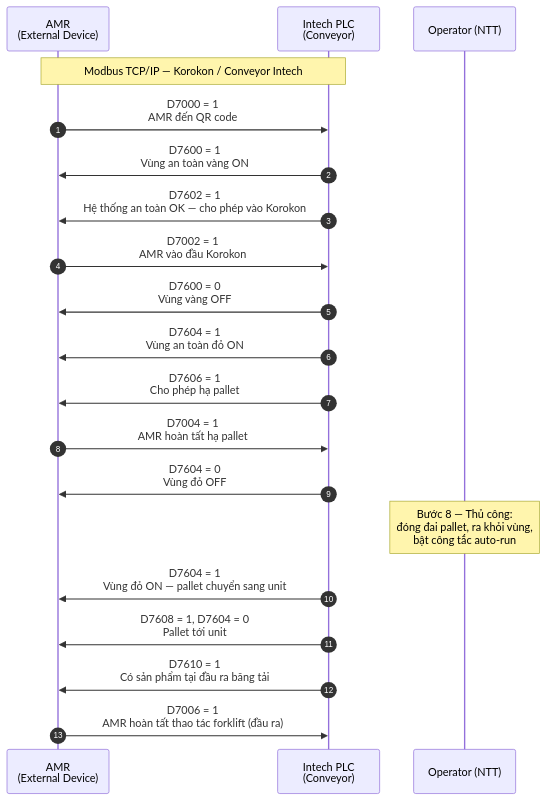
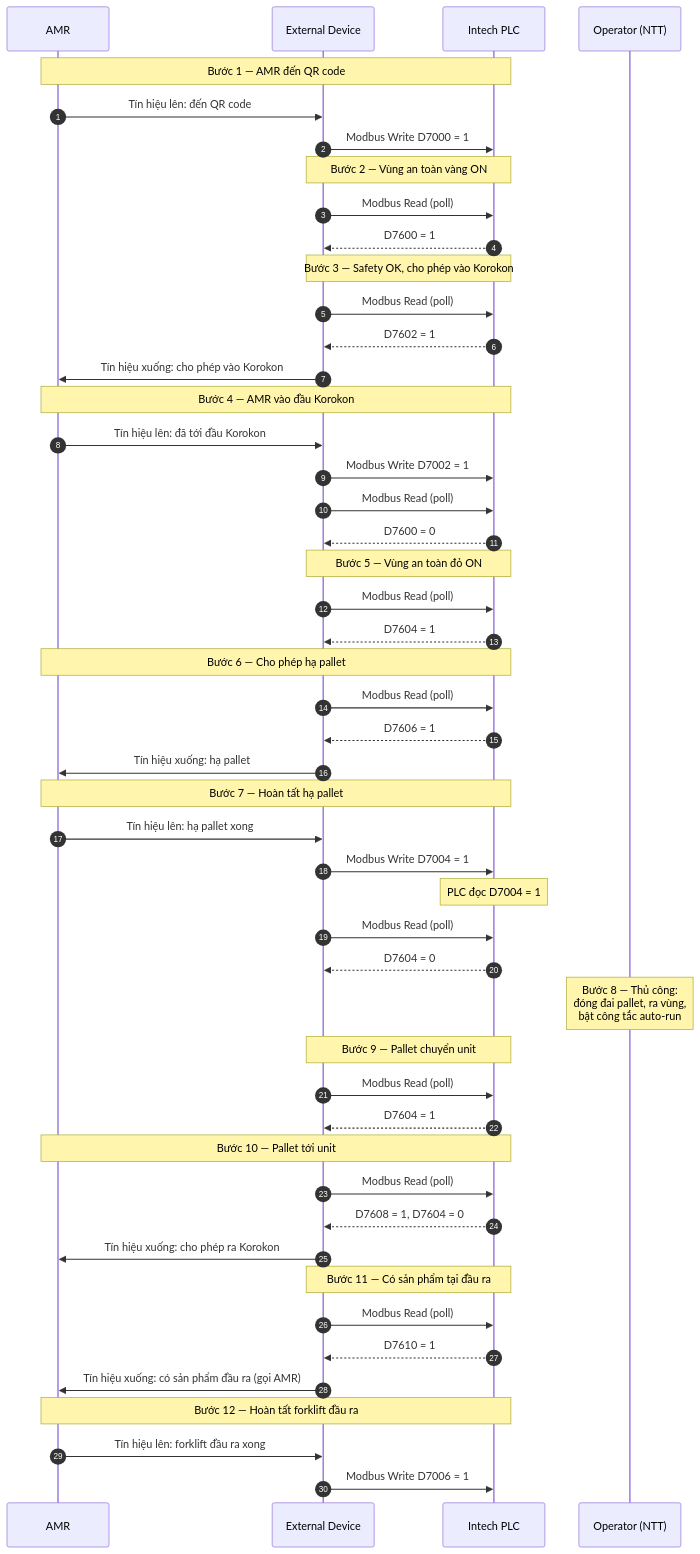
Before and after one commit to MinhLong-123/DensoPLCFlow: the second of 3 diagrams in AMR_Intech_Modbus_Sequence.md, drawn with Mermaid. The commit also changed other lines of this file, not shown here.

Commit message:
Add AMR Intech Modbus sequence document

````diff
--- a/AMR_Intech_Modbus_Sequence.md
+++ b/AMR_Intech_Modbus_Sequence.md
@@ -39,29 +50,74 @@
 ```mermaid
 sequenceDiagram
     autonumber
-    participant AMR as AMR<br/>(External Device)
-    participant Intech as Intech PLC<br/>(Conveyor)
+    participant AMR as AMR
+    participant ExtDev as External Device
+    participant Intech as Intech PLC
     participant NTT as Operator (NTT)
 
-    Note over AMR,Intech: Modbus TCP/IP — Korokon / Conveyor Intech
+    Note over AMR,Intech: Bước 1 — AMR đến QR code #2
 
-    AMR->>Intech: D7000 = 1<br/>AMR đến QR code #2
-    Intech->>AMR: D7600 = 1<br/>Vùng an toàn vàng ON
-    Intech->>AMR: D7602 = 1<br/>Hệ thống an toàn OK — cho phép vào Korokon
+    AMR->>ExtDev: Tín hiệu lên: đến QR code #2
+    ExtDev->>Intech: Modbus Write D7000 = 1
 
-    AMR->>Intech: D7002 = 1<br/>AMR vào đầu Korokon
-    Intech->>AMR: D7600 = 0<br/>Vùng vàng OFF
-    Intech->>AMR: D7604 = 1<br/>Vùng an toàn đỏ ON
+    Note over ExtDev,Intech: Bước 2 — Vùng an toàn vàng ON
 
-    Intech->>AMR: D7606 = 1<br/>Cho phép hạ pallet
-    AMR->>Intech: D7004 = 1<br/>AMR hoàn tất hạ pallet
-    Intech->>AMR: D7604 = 0<br/>Vùng đỏ OFF
+    ExtDev->>Intech: Modbus Read (poll)
+    Intech-->>ExtDev: D7600 = 1
 
-    Note over NTT: Bước 8 — Thủ công:<br/>đóng đai pallet, ra khỏi vùng,<br/>bật công tắc auto-run
+    Note over ExtDev,Intech: Bước 3 — Safety OK, cho phép vào Korokon
 
-    Intech->>AMR: D7604 = 1<br/>Vùng đỏ ON — pallet chuyển sang unit #2
-    Intech->>AMR: D7608 = 1, D7604 = 0<br/>Pallet tới unit #2 — cho phép AMR ra Korokon
+    ExtDev->>Intech: Modbus Read (poll)
+    Intech-->>ExtDev: D7602 = 1
+    ExtDev->>AMR: Tín hiệu xuống: cho phép vào Korokon
 
-    Intech->>AMR: D7610 = 1<br/>Có sản phẩm tại đầu ra băng tải
-    AMR->>Intech: D7006 = 1<br/>AMR hoàn tất thao tác forklift (đầu ra)
+    Note over AMR,Intech: Bước 4 — AMR vào đầu Korokon
+
+    AMR->>ExtDev: Tín hiệu lên: đã tới đầu Korokon
+    ExtDev->>Intech: Modbus Write D7002 = 1
+    ExtDev->>Intech: Modbus Read (poll)
+    Intech-->>ExtDev: D7600 = 0
+
+    Note over ExtDev,Intech: Bước 5 — Vùng an toàn đỏ ON
+
+    ExtDev->>Intech: Modbus Read (poll)
+    Intech-->>ExtDev: D7604 = 1
+
+    Note over AMR,Intech: Bước 6 — Cho phép hạ pallet
+
+    ExtDev->>Intech: Modbus Read (poll)
+    Intech-->>ExtDev: D7606 = 1
+    ExtDev->>AMR: Tín hiệu xuống: hạ pallet
+
+    Note over AMR,Intech: Bước 7 — Hoàn tất hạ pallet
+
+    AMR->>ExtDev: Tín hiệu lên: hạ pallet xong
+    ExtDev->>Intech: Modbus Write D7004 = 1
+    Note over Intech: PLC đọc D7004 = 1
+    ExtDev->>Intech: Modbus Read (poll)
+    Intech-->>ExtDev: D7604 = 0
+
+    Note over NTT: Bước 8 — Thủ công:<br/>đóng đai pallet, ra vùng,<br/>bật công tắc auto-run
+
+    Note over ExtDev,Intech: Bước 9 — Pallet chuyển unit #2, vùng đỏ ON
+
+    ExtDev->>Intech: Modbus Read (poll)
+    Intech-->>ExtDev: D7604 = 1
+
+    Note over AMR,Intech: Bước 10 — Pallet tới unit #2, cho phép AMR ra
+
+    ExtDev->>Intech: Modbus Read (poll)
+    Intech-->>ExtDev: D7608 = 1, D7604 = 0
+    ExtDev->>AMR: Tín hiệu xuống: cho phép ra Korokon
+
+    Note over ExtDev,Intech: Bước 11 — Có sản phẩm tại đầu ra
+
+    ExtDev->>Intech: Modbus Read (poll)
+    Intech-->>ExtDev: D7610 = 1
+    ExtDev->>AMR: Tín hiệu xuống: có sản phẩm đầu ra (gọi AMR)
+
+    Note over AMR,Intech: Bước 12 — Hoàn tất forklift đầu ra
+
+    AMR->>ExtDev: Tín hiệu lên: forklift đầu ra xong
+    ExtDev->>Intech: Modbus Write D7006 = 1
 ```
````
